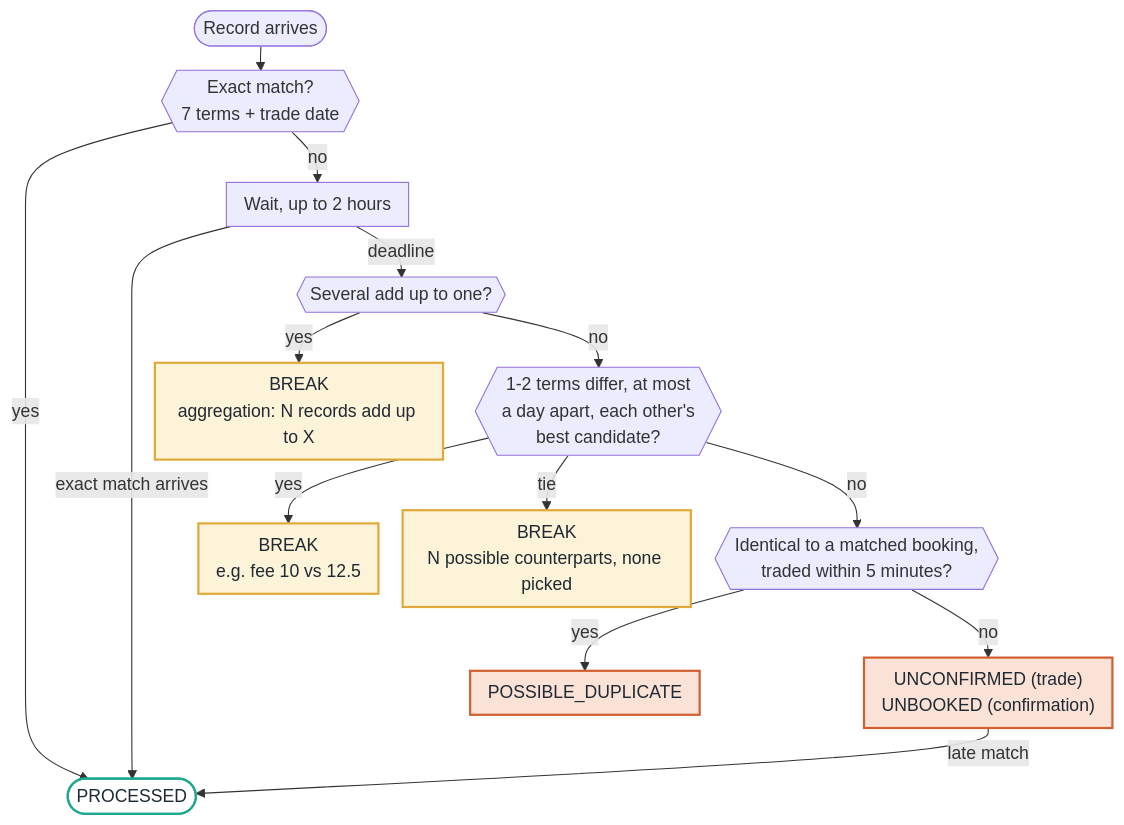
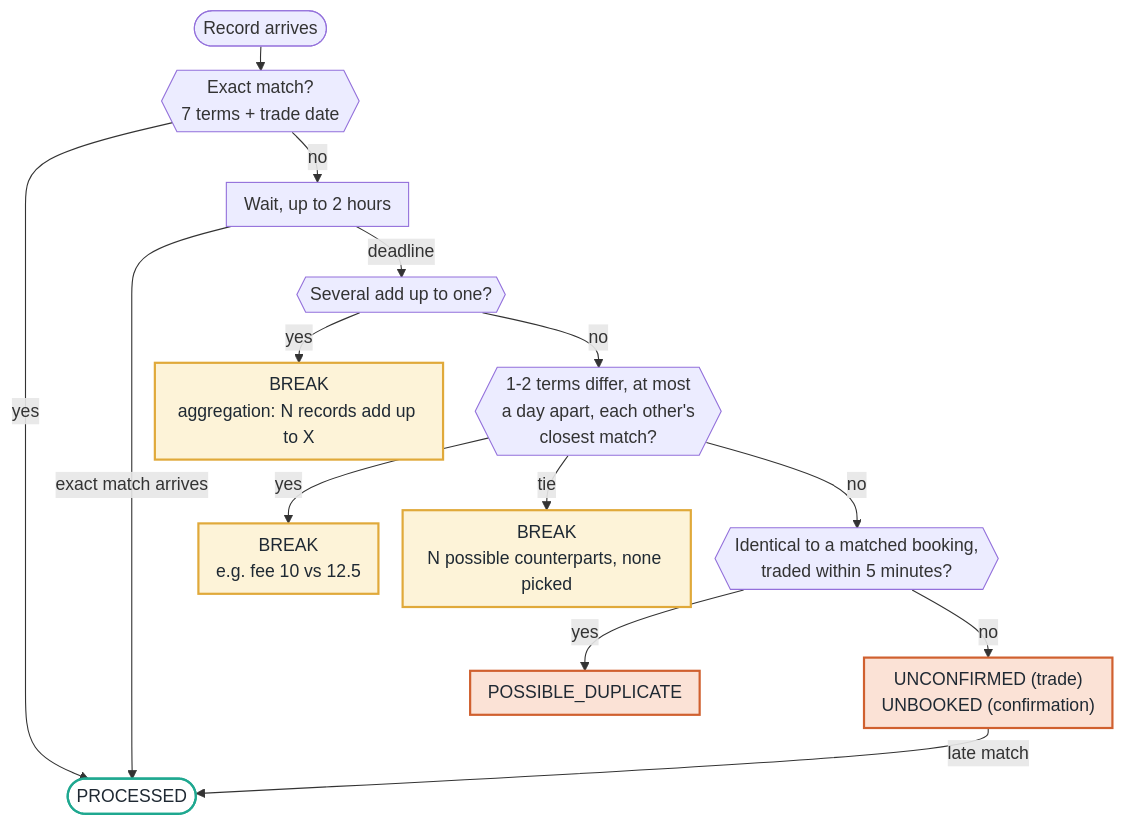
The second of 6 diagrams in DESIGN.md (gongyuchenggong/counterfoil), drawn with Mermaid before and after one commit. The commit also changed other lines of this file and 14 other files, not shown here.

````diff
--- a/DESIGN.md
+++ b/DESIGN.md
@@ -49,21 +38,21 @@
 ```mermaid
 %%{init: {"flowchart": {"rankSpacing": 22, "nodeSpacing": 22, "padding": 8, "wrappingWidth": 230}}}%%
 flowchart TD
     accTitle: The path every record follows
     arrive(["Record arrives"]) --> exact{{"Exact match?<br/>7 terms + trade date"}}
     exact -- yes --> done(["PROCESSED"]):::confirmed
     exact -- no --> wait["Wait, up to 2 hours"]
     wait -- "exact match arrives" --> done
     wait -- deadline --> sum{{"Several add up to one?"}}
     sum -- yes --> agg["BREAK<br/>aggregation: N records add up to X"]:::brk
-    sum -- no --> near{{"1-2 terms differ, at most<br/>a day apart, each other's<br/>best candidate?"}}
+    sum -- no --> near{{"1-2 terms differ, at most<br/>a day apart, each other's<br/>closest match?"}}
     near -- yes --> diff["BREAK<br/>e.g. fee 10 vs 12.5"]:::brk
     near -- tie --> tie["BREAK<br/>N possible counterparts, none picked"]:::brk
     near -- no --> dup{{"Identical to a matched booking,<br/>traded within 5 minutes?"}}
     dup -- yes --> possible["POSSIBLE_DUPLICATE"]:::missing
     dup -- no --> none["UNCONFIRMED (trade)<br/>UNBOOKED (confirmation)"]:::missing
     none -- "late match" --> done
     classDef confirmed fill:#ffffff,stroke:#1fa890,stroke-width:2px,color:#1f2933
     classDef brk fill:#fdf3d8,stroke:#e0a93a,stroke-width:2px,color:#1f2933
     classDef missing fill:#fbe2d6,stroke:#d0602f,stroke-width:2px,color:#1f2933
 ```
````
